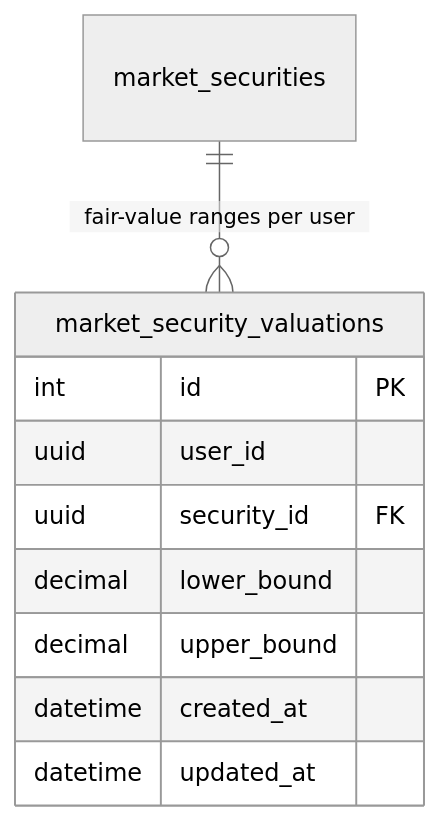
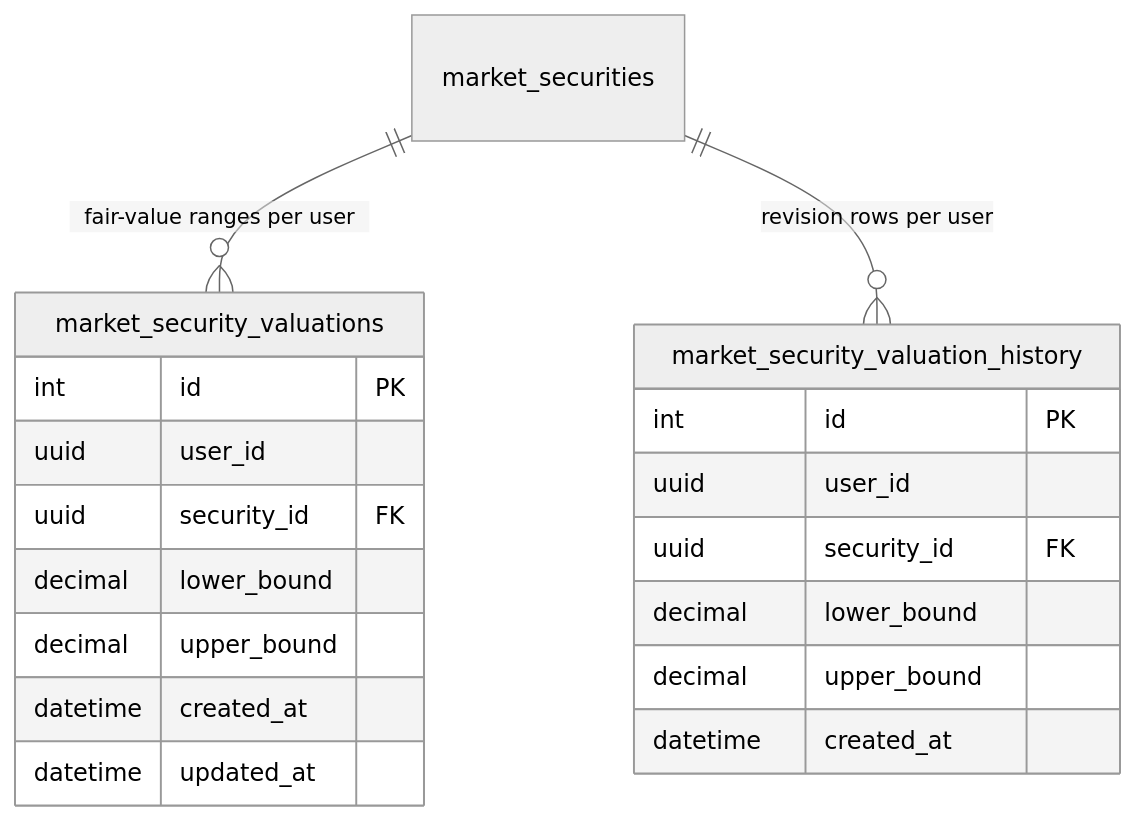
Before and after one commit to havekes/retail-portfolio: the first of 3 diagrams in openwiki/concepts/security-valuation.md, drawn with Mermaid (neutral theme). The commit also changed other lines of this file and 26 other files, not shown here.

````diff
--- a/openwiki/concepts/security-valuation.md
+++ b/openwiki/concepts/security-valuation.md
@@ -87,13 +93,22 @@
 ```mermaid
 erDiagram
     market_securities ||--o{ market_security_valuations : "fair-value ranges per user"
+    market_securities ||--o{ market_security_valuation_history : "revision rows per user"
     market_security_valuations {
         int id PK
         uuid user_id
         uuid security_id FK
         decimal lower_bound
         decimal upper_bound
         datetime created_at
         datetime updated_at
     }
+    market_security_valuation_history {
+        int id PK
+        uuid user_id
+        uuid security_id FK
+        decimal lower_bound
+        decimal upper_bound
+        datetime created_at
+    }
 ```
````
